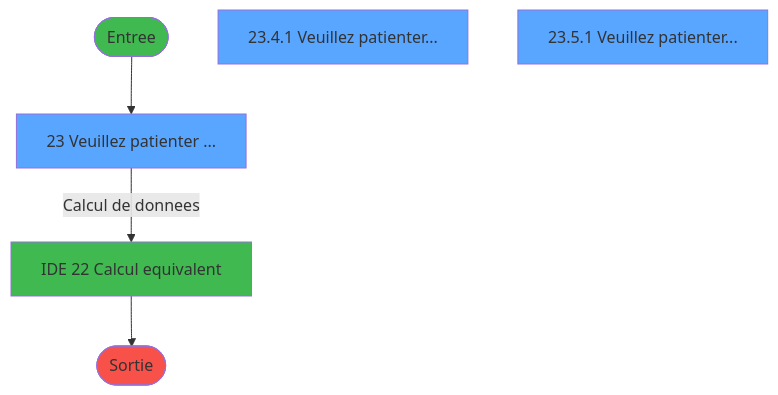
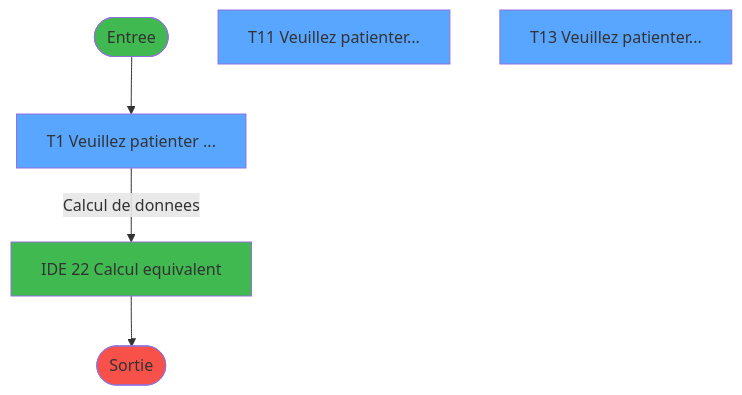
Before and after one commit to thonyAGP/magic-migration: the first of 4 diagrams in .openspec/specs/ADH-IDE-23.md, drawn with Mermaid. The commit also changed other lines of this file and 311 other files, not shown here.

````diff
--- a/.openspec/specs/ADH-IDE-23.md
+++ b/.openspec/specs/ADH-IDE-23.md
@@ -479,18 +480,18 @@
 ```mermaid
 flowchart TD
     START([Entree])
     style START fill:#3fb950
-    VF1[23 Veuillez patienter ...]
+    VF1[T1 Veuillez patienter ...]
     style VF1 fill:#58a6ff
-    VF11[23.4.1 Veuillez patienter...]
+    VF11[T11 Veuillez patienter...]
     style VF11 fill:#58a6ff
-    VF13[23.5.1 Veuillez patienter...]
+    VF13[T13 Veuillez patienter...]
     style VF13 fill:#58a6ff
     EXT22[IDE 22 Calcul equivalent]
     style EXT22 fill:#3fb950
     FIN([Sortie])
     style FIN fill:#f85149
     START --> VF1
     VF1 -->|Calcul de donnees| EXT22
     EXT22 --> FIN
 ```
````
